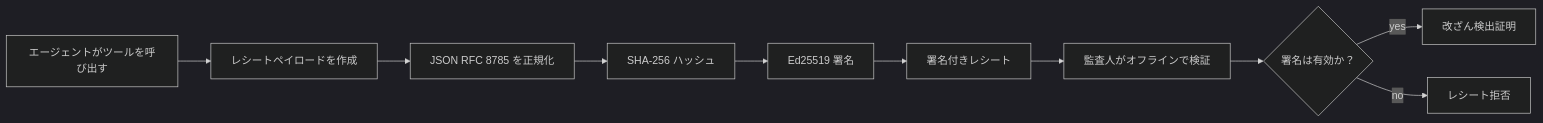
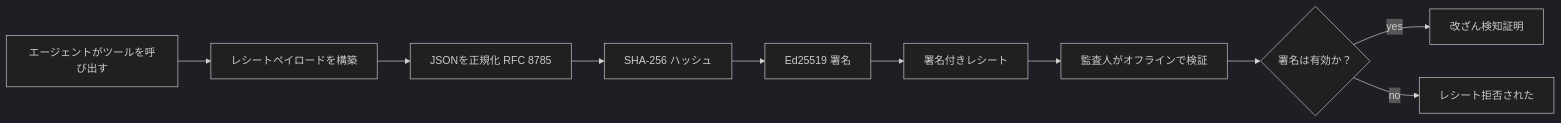
The first of 2 diagrams in mirrors/repos/microsoft@ai-agents-for-beginners/translations/ja/18-securing-ai-agents/README.md (gabrielmoreira/agent-skills-mirror), drawn with Mermaid (dark theme) before and after one commit. The commit also changed other lines of this file and 8886 other files, not shown here.

````diff
--- a/mirrors/repos/microsoft@ai-agents-for-beginners/translations/ja/18-securing-ai-agents/README.md
+++ b/mirrors/repos/microsoft@ai-agents-for-beginners/translations/ja/18-securing-ai-agents/README.md
@@ -51,12 +51,12 @@
 ```mermaid
 flowchart LR
-    A[エージェントがツールを呼び出す] --> B[レシートペイロードを作成]
-    B --> C[JSON RFC 8785 を正規化]
+    A[エージェントがツールを呼び出す] --> B[レシートペイロードを構築]
+    B --> C[JSONを正規化 RFC 8785]
     C --> D[SHA-256 ハッシュ]
     D --> E[Ed25519 署名]
     E --> F[署名付きレシート]
     F --> G[監査人がオフラインで検証]
     G --> H{署名は有効か？}
-    H -- yes --> I[改ざん検出証明]
-    H -- no --> J[レシート拒否]
+    H -- yes --> I[改ざん検知証明]
+    H -- no --> J[レシート拒否された]
 ```
````
